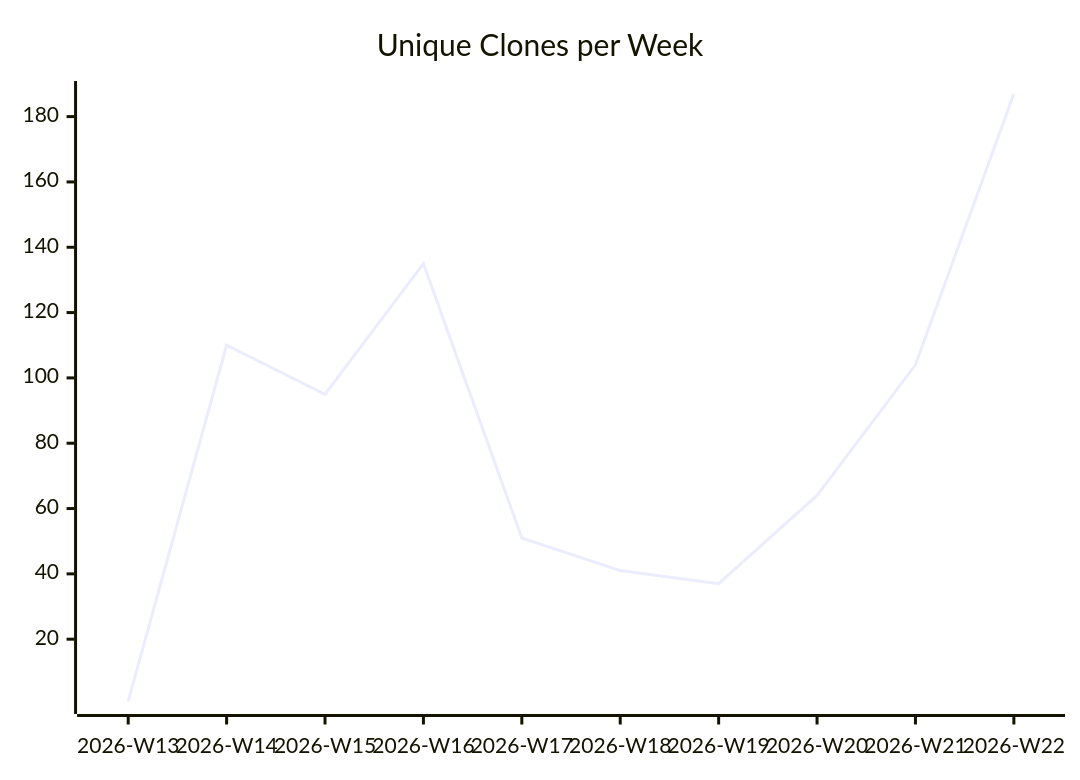
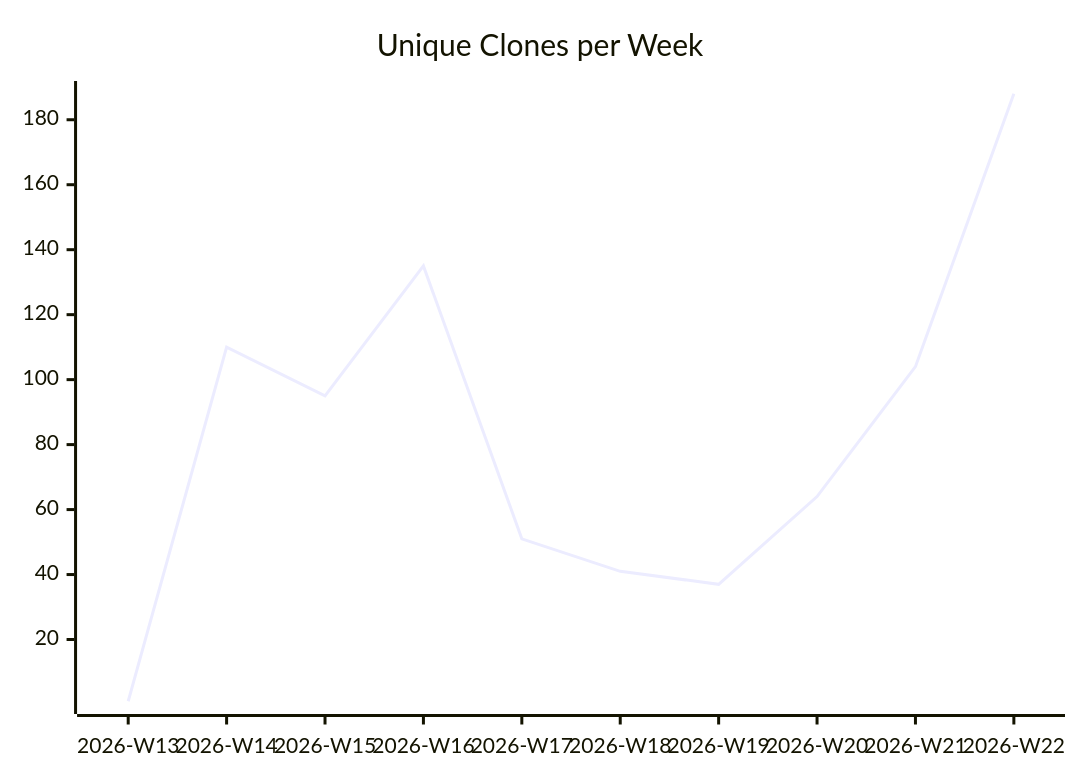
The third of 3 diagrams in justdavis-family/justdavis/README.md (justdavis-family/github-analytics-data), drawn with Mermaid before and after one commit. The commit also changed other lines of this file and 188 other files, not shown here.

````diff
--- a/justdavis-family/justdavis/README.md
+++ b/justdavis-family/justdavis/README.md
@@ -19,6 +19,6 @@
 ```mermaid
 xychart-beta
   title "Unique Clones per Week"
   x-axis ["2026-W13", "2026-W14", "2026-W15", "2026-W16", "2026-W17", "2026-W18", "2026-W19", "2026-W20", "2026-W21", "2026-W22"]
-  line [1, 110, 95, 135, 51, 41, 37, 64, 104, 187]
+  line [1, 110, 95, 135, 51, 41, 37, 64, 104, 188]
 ```
````
